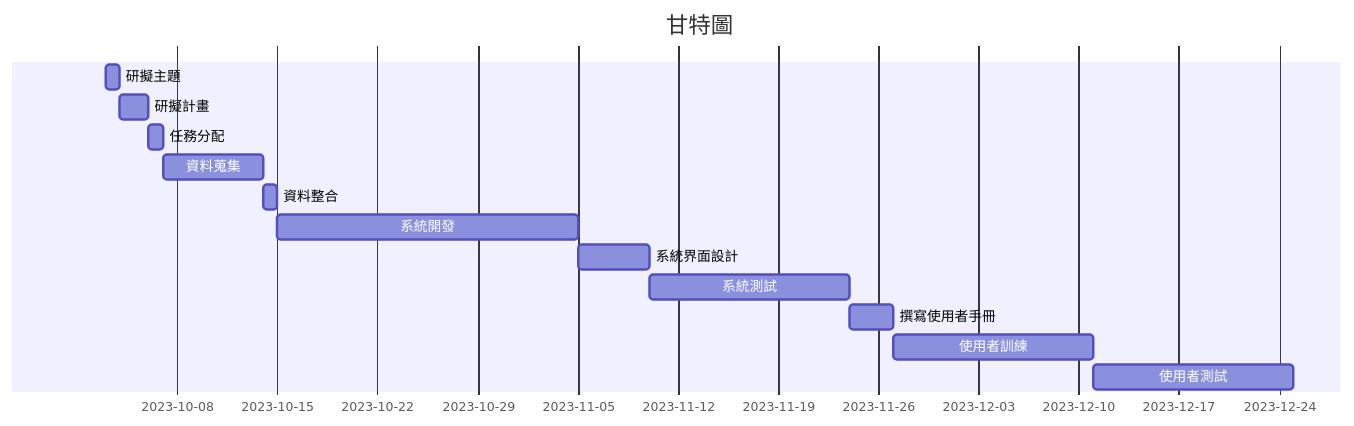
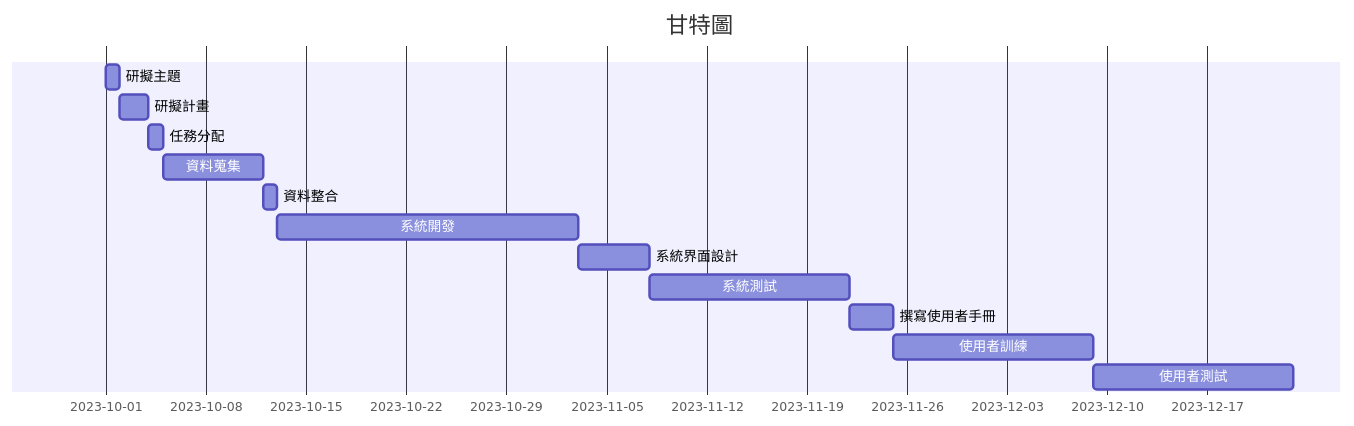
One commit to C110134148/T15nT1 changed the diagram in README.md. Above: the diagram before and after it, drawn with Mermaid. The commit also changed other lines of this file, not shown here.

Commit message:
Update README.md PERT

````diff
--- a/README.md
+++ b/README.md
@@ -33,15 +33,15 @@
 ```mermaid
     gantt
         title 甘特圖
-        研擬主題     : a1, 2023-10-3 ,1d
+        研擬主題     : a1, 2023-10-1 ,1d
         研擬計畫     : a2, after a1 , 2d
         任務分配     : a3, after a2 , 1d
         資料蒐集     : a4, after a3 , 7d
         資料整合     : a5, after a4 , 1d
         系統開發     : a6, after a5 , 21d
         系統界面設計 : a7, after a6 , 5d
         系統測試     : a8 ,after a7 , 14d
         撰寫使用者手冊: a9 ,after a8 , 3d
         使用者訓練   : a10 ,after a9 , 14d
         使用者測試   : a11, after a10 ,14d
 ```
````
